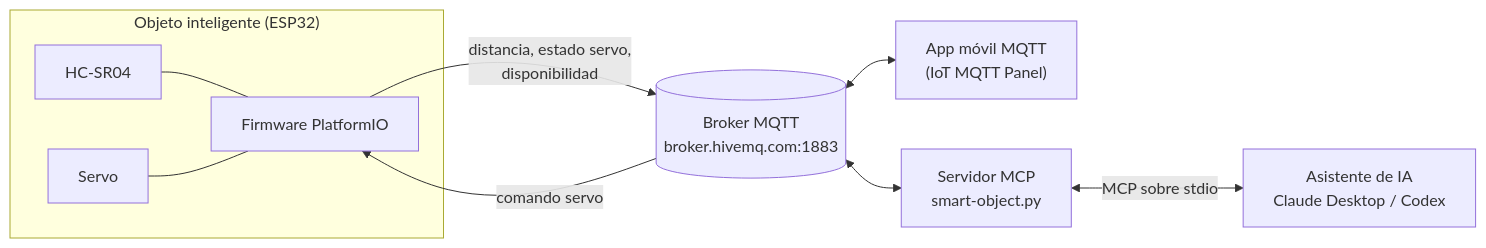
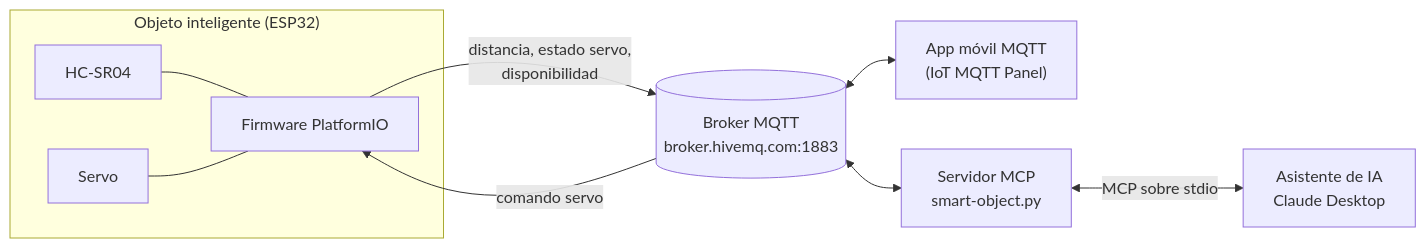
One commit to HenryRiveraM/practica-mqtt changed the diagram in README.md. Above: the diagram before and after it, drawn with Mermaid. The commit also changed other lines of this file, not shown here.

````diff
--- a/README.md
+++ b/README.md
@@ -51,20 +50,20 @@
 ```mermaid
 flowchart LR
     subgraph OI["Objeto inteligente (ESP32)"]
         S["HC-SR04"]
         V["Servo"]
         F["Firmware PlatformIO"]
         S --- F
         V --- F
     end
     B[("Broker MQTT<br/>broker.hivemq.com:1883")]
     APP["App móvil MQTT<br/>(IoT MQTT Panel)"]
     MCP["Servidor MCP<br/>smart-object.py"]
-    IA["Asistente de IA<br/>Claude Desktop / Codex"]
+    IA["Asistente de IA<br/>Claude Desktop"]
 
     F -- "distancia, estado servo,<br/>disponibilidad" --> B
     B -- "comando servo" --> F
     B <--> APP
     B <--> MCP
     MCP <-- "MCP sobre stdio" --> IA
 ```
````
